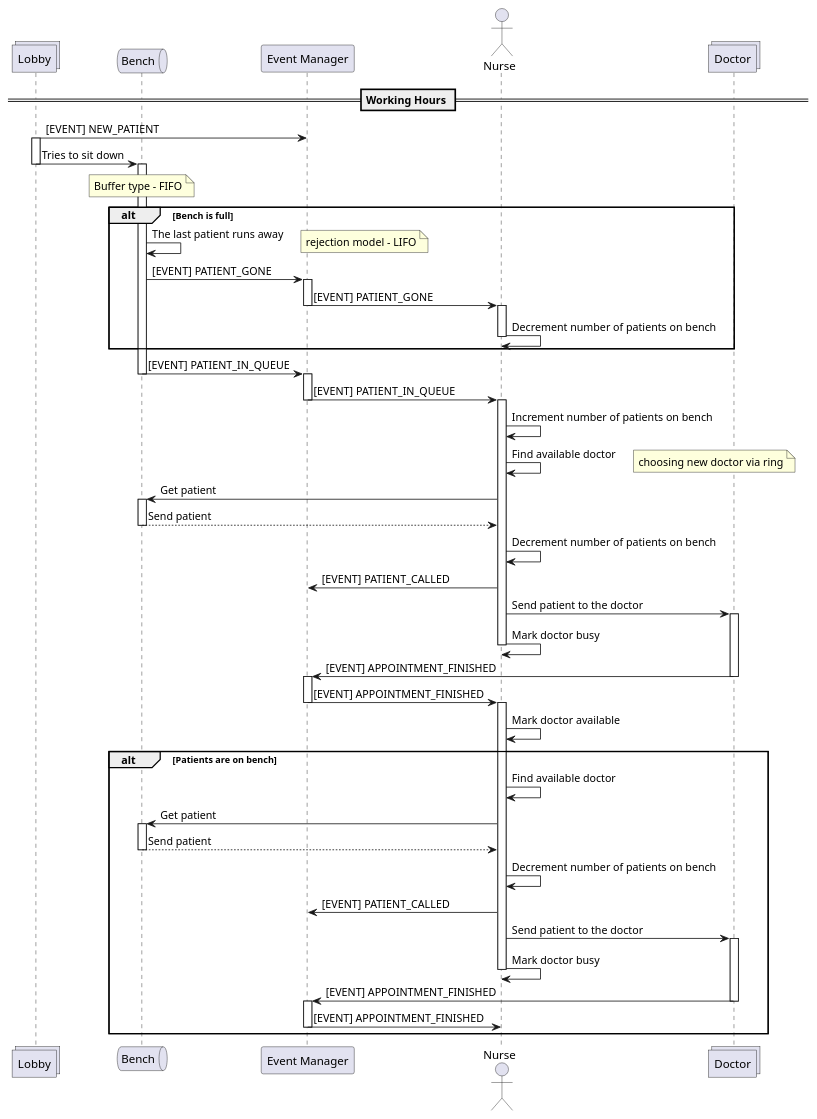
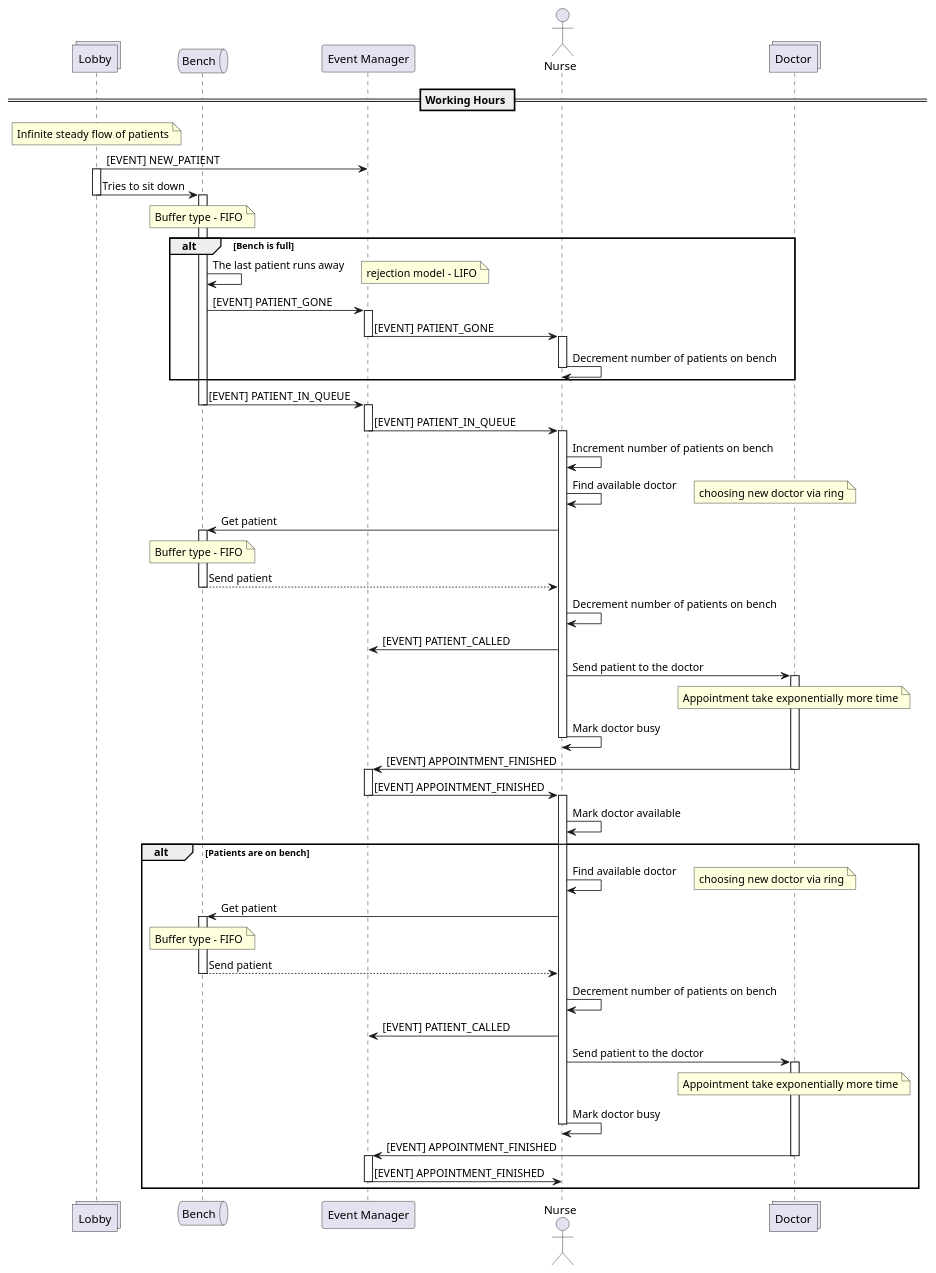
The diagram in arch/sequence.puml (Coding-Seal/arch-model), drawn with PlantUML before and after one commit. The commit also changed 1 other file, not shown here.

```diff
--- a/arch/sequence.puml
+++ b/arch/sequence.puml
@@ -1,87 +1,93 @@
 @startuml Sequence
 
 collections "Lobby" as lobby
 queue "Bench" as bench
 participant  "Event Manager" as eventManager
 actor "Nurse" as nurse
 collections "Doctor" as doctor
 
 
 == Working Hours ==
 
+note over lobby: Infinite steady flow of patients
 lobby -> eventManager : [EVENT] NEW_PATIENT
 activate lobby
 lobby -> bench : Tries to sit down
 deactivate lobby
 activate bench
 note over bench : Buffer type - FIFO
 
 alt Bench is full
     bench -> bench : The last patient runs away
     note right : rejection model - LIFO
     bench -> eventManager : [EVENT] PATIENT_GONE
     activate eventManager
     eventManager -> nurse : [EVENT] PATIENT_GONE
     deactivate eventManager
     activate nurse
     nurse -> nurse : Decrement number of patients on bench
     deactivate nurse
 end
 
 bench -> eventManager : [EVENT] PATIENT_IN_QUEUE
 deactivate bench
 
 activate eventManager
 eventManager -> nurse : [EVENT] PATIENT_IN_QUEUE
 deactivate eventManager
 
 activate nurse
 nurse -> nurse : Increment number of patients on bench
 nurse -> nurse : Find available doctor
 note right: choosing new doctor via ring
 
 nurse -> bench : Get patient
 activate bench
+note over bench : Buffer type - FIFO
 bench --> nurse : Send patient
 deactivate bench
 nurse -> nurse : Decrement number of patients on bench
 nurse -> eventManager : [EVENT] PATIENT_CALLED
 
 nurse -> doctor : Send patient to the doctor
 activate doctor
+note over doctor: Appointment take exponentially more time
 nurse -> nurse : Mark doctor busy
 deactivate nurse
 
 doctor -> eventManager : [EVENT] APPOINTMENT_FINISHED
 deactivate doctor
 
 activate eventManager
 eventManager-> nurse : [EVENT] APPOINTMENT_FINISHED
 deactivate eventManager
 
 activate nurse
 nurse -> nurse : Mark doctor available
 
 alt Patients are on bench
     nurse -> nurse : Find available doctor
+    note right: choosing new doctor via ring
 
     nurse -> bench : Get patient
     activate bench
+    note over bench : Buffer type - FIFO
     bench --> nurse : Send patient
     deactivate bench
     nurse -> nurse : Decrement number of patients on bench
     nurse -> eventManager : [EVENT] PATIENT_CALLED
 
     nurse -> doctor : Send patient to the doctor
     activate doctor
+    note over doctor: Appointment take exponentially more time
     nurse -> nurse : Mark doctor busy
     deactivate nurse
 
     doctor -> eventManager : [EVENT] APPOINTMENT_FINISHED
     deactivate doctor
     activate eventManager
     eventManager-> nurse : [EVENT] APPOINTMENT_FINISHED
     deactivate eventManager
 end
 deactivate nurse
 @enduml
```
